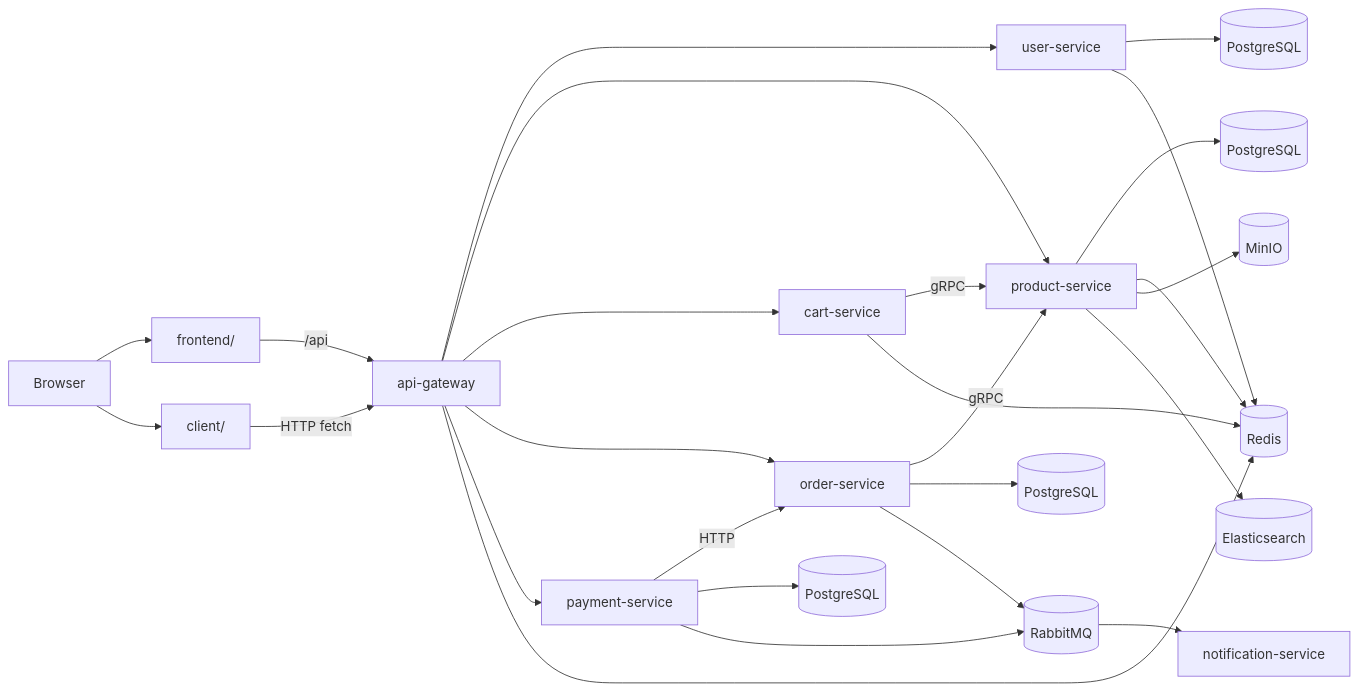
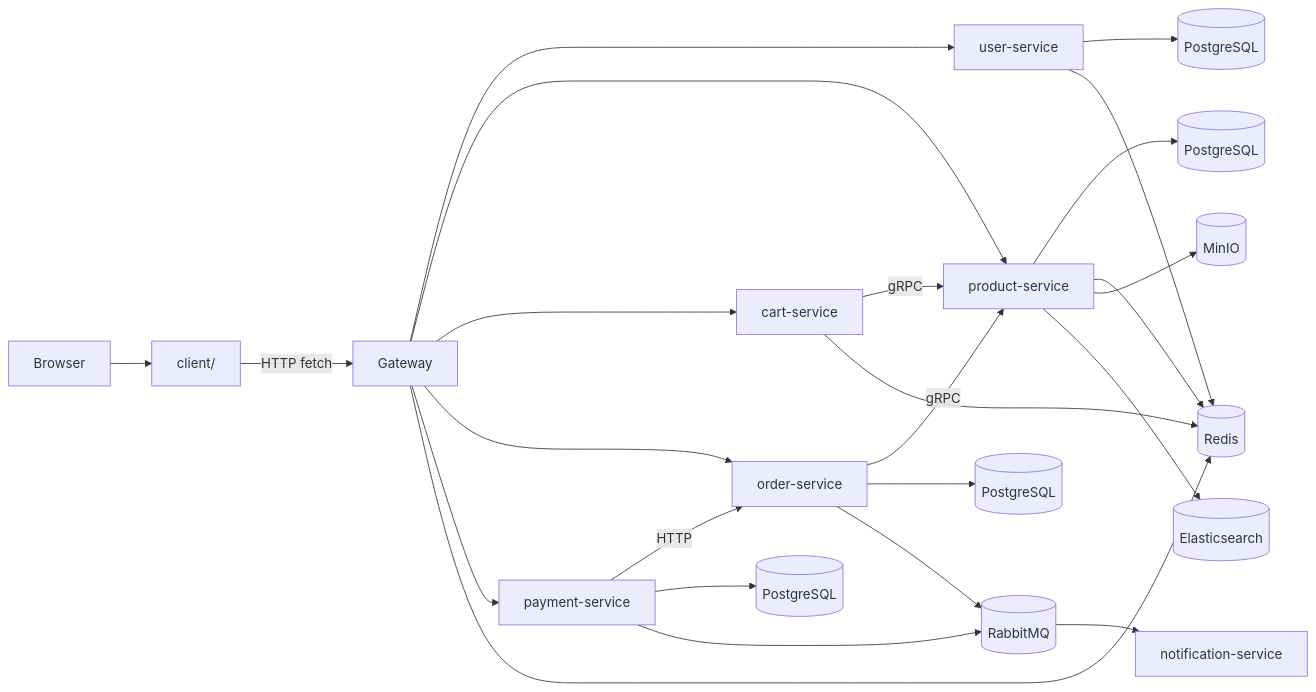
The first of 3 diagrams in LOGIC_FLOW.md (NguyenDung278/E-CommerceMicroservicesPlatform), drawn with Mermaid before and after one commit. The commit also changed other lines of this file and 71 other files, not shown here.

First line of the commit message:
feat: add checkout page and related components for improved payment flow

````diff
--- a/LOGIC_FLOW.md
+++ b/LOGIC_FLOW.md
@@ -33,34 +33,32 @@
 ```mermaid
 flowchart LR
-    Browser --> Frontend[frontend/]
     Browser --> Client[client/]
 
-    Frontend -->|/api| Gateway[api-gateway]
     Client -->|HTTP fetch| Gateway
 
     Gateway --> User[user-service]
     Gateway --> Product[product-service]
     Gateway --> Cart[cart-service]
     Gateway --> Order[order-service]
     Gateway --> Payment[payment-service]
 
     Cart -->|gRPC| Product
     Order -->|gRPC| Product
     Payment -->|HTTP| Order
 
     User --> UserDB[(PostgreSQL)]
     Product --> ProductDB[(PostgreSQL)]
     Order --> OrderDB[(PostgreSQL)]
     Payment --> PaymentDB[(PostgreSQL)]
 
     Cart --> Redis[(Redis)]
     Gateway --> Redis
     User --> Redis
     Product --> Redis
     Order --> Rabbit[(RabbitMQ)]
     Payment --> Rabbit
     Rabbit --> Notification[notification-service]
 
     Product --> MinIO[(MinIO)]
     Product --> Elastic[(Elasticsearch)]
 ```
````
